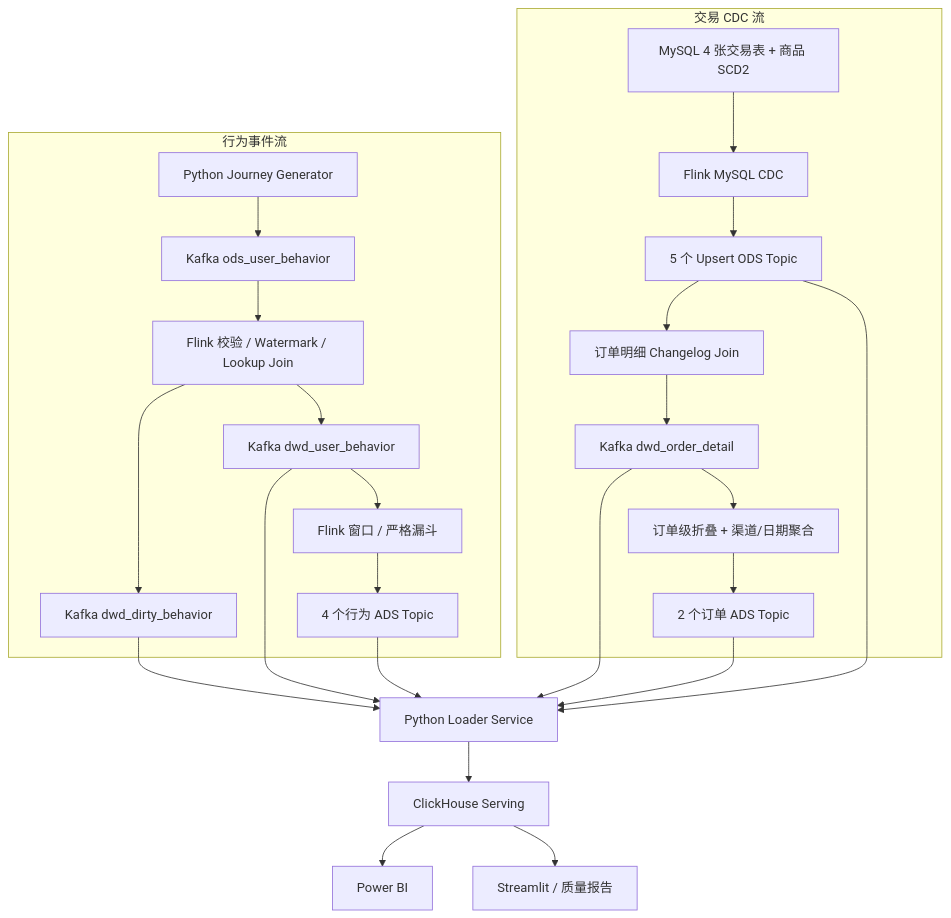
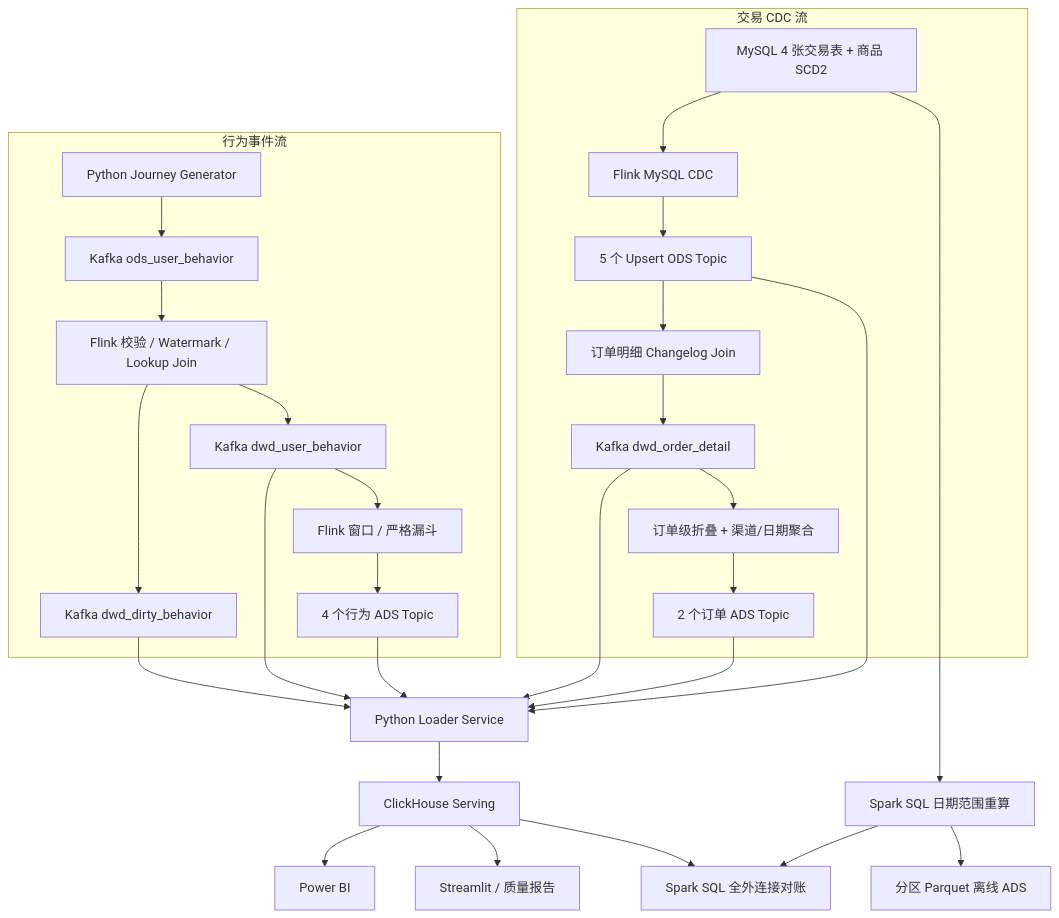
Before and after one commit to WDF577/Pq: the diagram in realtime_dw_project/docs/architecture.md, drawn with Mermaid. The commit also changed other lines of this file and 20 other files, not shown here.

Commit message:
feat: add Spark SQL backfill reconciliation

````diff
--- a/realtime_dw_project/docs/architecture.md
+++ b/realtime_dw_project/docs/architecture.md
@@ -9,30 +9,34 @@
 ```mermaid
 flowchart TB
     subgraph behavior["行为事件流"]
       PG["Python Journey Generator"] --> OUB["Kafka ods_user_behavior"]
       OUB --> BC["Flink 校验 / Watermark / Lookup Join"]
       BC --> DLQ["Kafka dwd_dirty_behavior"]
       BC --> DUB["Kafka dwd_user_behavior"]
       DUB --> BADS["Flink 窗口 / 严格漏斗"]
       BADS --> BKT["4 个行为 ADS Topic"]
     end
 
     subgraph transaction["交易 CDC 流"]
       MYSQL["MySQL 4 张交易表 + 商品 SCD2"] --> FCDC["Flink MySQL CDC"]
       FCDC --> ODSC["5 个 Upsert ODS Topic"]
       ODSC --> ODWD["订单明细 Changelog Join"]
       ODWD --> DOD["Kafka dwd_order_detail"]
       DOD --> OADS["订单级折叠 + 渠道/日期聚合"]
       OADS --> OKT["2 个订单 ADS Topic"]
     end
 
     DLQ --> LOAD["Python Loader Service"]
     DUB --> LOAD
     BKT --> LOAD
     DOD --> LOAD
     OKT --> LOAD
     ODSC --> LOAD
     LOAD --> CH["ClickHouse Serving"]
     CH --> BI["Power BI"]
     CH --> DEV["Streamlit / 质量报告"]
+    MYSQL --> SB["Spark SQL 日期范围重算"]
+    SB --> PQ["分区 Parquet 离线 ADS"]
+    CH --> REC["Spark SQL 全外连接对账"]
+    SB --> REC
 ```
````
